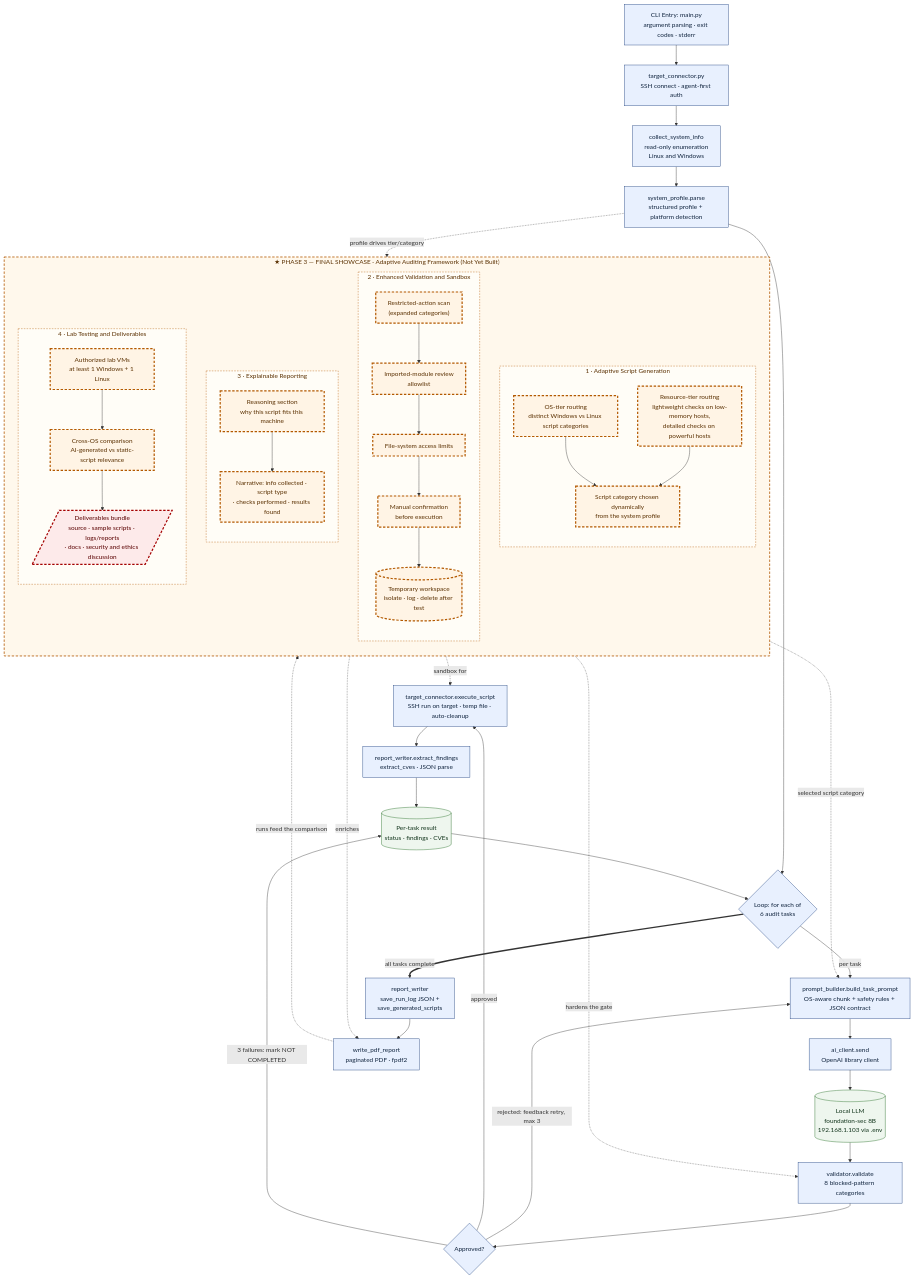
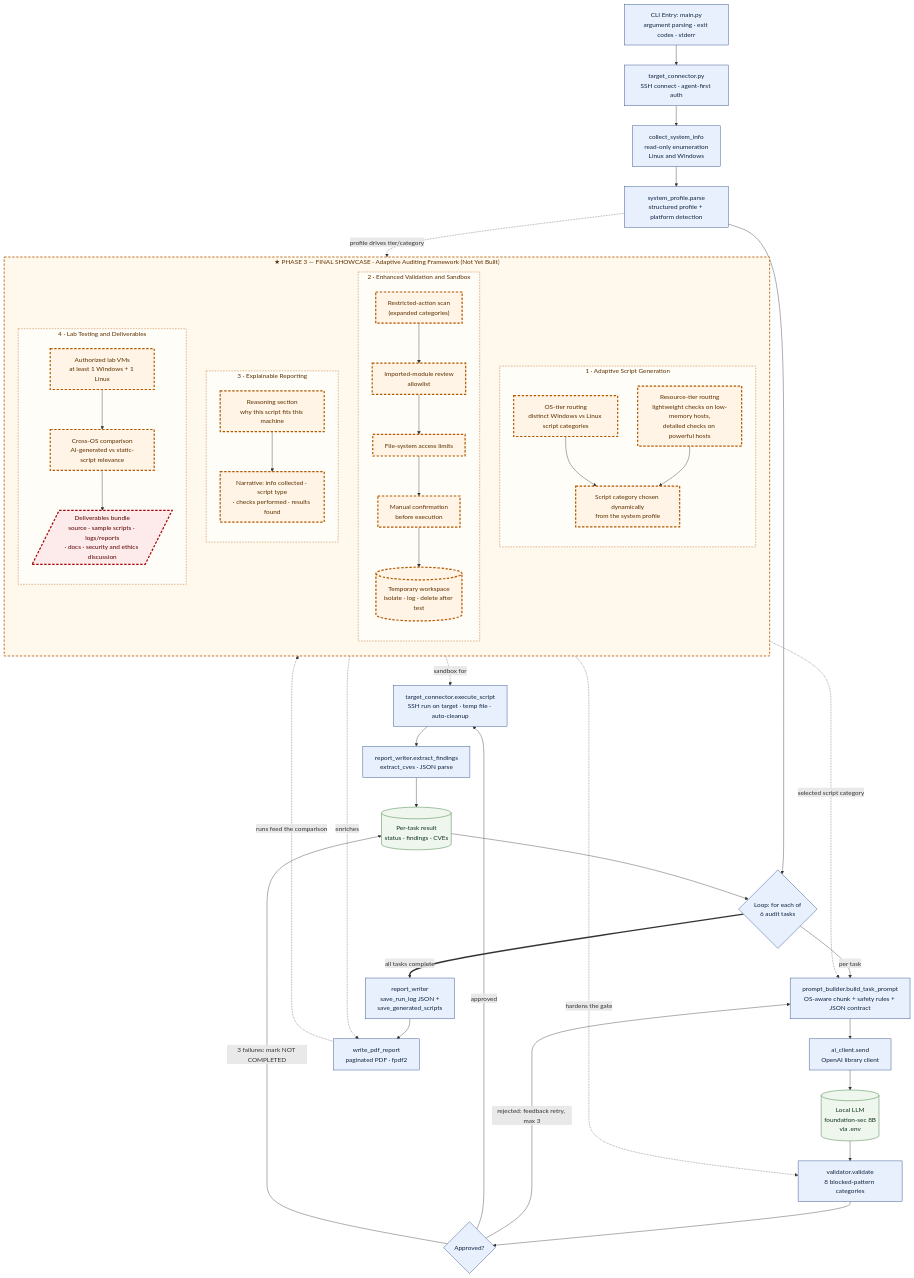
The diagram in docs/phase3_flowchart.mmd (Xardana/LAIN-Security-Framework), drawn with Mermaid before and after one commit. The commit also changed 7 other files, not shown here.

```diff
--- a/docs/phase3_flowchart.mmd
+++ b/docs/phase3_flowchart.mmd
@@ -1,90 +1,90 @@
 flowchart TD
     %% ============ CURRENT FUNCTIONAL ELEMENTS (Phase 2 — working now) ============
     A["CLI Entry: main.py<br/>argument parsing · exit codes · stderr"]
     B["target_connector.py<br/>SSH connect · agent-first auth"]
     C["collect_system_info<br/>read-only enumeration<br/>Linux and Windows"]
     D["system_profile.parse<br/>structured profile + platform detection"]
     E{"Loop: for each of<br/>6 audit tasks"}
     F["prompt_builder.build_task_prompt<br/>OS-aware chunk + safety rules + JSON contract"]
     G["ai_client.send<br/>OpenAI library client"]
-    H[("Local LLM<br/>foundation-sec 8B<br/>192.168.1.103 via .env")]
+    H[("Local LLM<br/>foundation-sec 8B<br/>via .env")]
     I["validator.validate<br/>8 blocked-pattern categories"]
     J{"Approved?"}
     L["target_connector.execute_script<br/>SSH run on target · temp file · auto-cleanup"]
     M["report_writer.extract_findings<br/>extract_cves · JSON parse"]
     RES[("Per-task result<br/>status · findings · CVEs")]
     N["report_writer<br/>save_run_log JSON +<br/>save_generated_scripts"]
     O["write_pdf_report<br/>paginated PDF · fpdf2"]
 
     A --> B --> C --> D --> E
     E -->|"per task"| F --> G --> H --> I --> J
     J -->|"rejected: feedback retry, max 3"| F
     J -->|"approved"| L --> M --> RES
     J -->|"3 failures: mark NOT COMPLETED"| RES
     RES --> E
     E ==>|"all tasks complete"| N
     N --> O
 
     %% ============ PHASE 3 — FINAL SHOWCASE: ADAPTIVE AUDITING FRAMEWORK ============
     subgraph PHASE3["★ PHASE 3 — FINAL SHOWCASE · Adaptive Auditing Framework (Not Yet Built)"]
         direction TB
 
         subgraph ADAPT["1 · Adaptive Script Generation"]
             direction TB
             AG1["OS-tier routing<br/>distinct Windows vs Linux script categories"]
             AG2["Resource-tier routing<br/>lightweight checks on low-memory hosts,<br/>detailed checks on powerful hosts"]
             AG3["Script category chosen dynamically<br/>from the system profile"]
             AG1 --> AG3
             AG2 --> AG3
         end
 
         subgraph VALID["2 · Enhanced Validation and Sandbox"]
             direction TB
             EV1["Restricted-action scan<br/>(expanded categories)"]
             EV2["Imported-module review<br/>allowlist"]
             EV3["File-system access limits"]
             EV4["Manual confirmation<br/>before execution"]
             EV5[("Temporary workspace<br/>isolate · log · delete after test")]
             EV1 --> EV2 --> EV3 --> EV4 --> EV5
         end
 
         subgraph REPORT["3 · Explainable Reporting"]
             direction TB
             ER1["Reasoning section<br/>why this script fits this machine"]
             ER2["Narrative: info collected · script type<br/>· checks performed · results found"]
             ER1 --> ER2
         end
 
         subgraph LAB["4 · Lab Testing and Deliverables"]
             direction TB
             LT1["Authorized lab VMs<br/>at least 1 Windows + 1 Linux"]
             LT2["Cross-OS comparison<br/>AI-generated vs static-script relevance"]
             LT3[/"Deliverables bundle<br/>source · sample scripts · logs/reports<br/>· docs · security and ethics discussion"/]
             LT1 --> LT2 --> LT3
         end
     end
 
     %% --- how Phase 3 work extends the current pipeline (dotted = enhances) ---
     D -.->|"profile drives tier/category"| ADAPT
     ADAPT -.->|"selected script category"| F
     VALID -.->|"hardens the gate"| I
     EV5 -.->|"sandbox for"| L
     REPORT -.->|"enriches"| O
     O -.->|"runs feed the comparison"| LAB
 
     %% ============ STYLING ============
     classDef current fill:#e8f0fe,stroke:#1a3d7c,stroke-width:1px,color:#10243e;
     classDef store fill:#eef6ee,stroke:#1f6b1f,stroke-width:1px,color:#10331a;
     classDef future fill:#fff4e5,stroke:#b35900,stroke-width:3px,stroke-dasharray:6 4,color:#5a3000;
     classDef artifact fill:#fdeaea,stroke:#a40000,stroke-width:3px,stroke-dasharray:6 4,color:#5a0000;
 
     class A,B,C,D,E,F,G,I,J,L,M,N,O current;
     class H,RES store;
     class AG1,AG2,AG3,EV1,EV2,EV3,EV4,EV5,ER1,ER2,LT1,LT2 future;
     class LT3 artifact;
 
     style PHASE3 fill:#fff8ec,stroke:#b35900,stroke-width:2px,stroke-dasharray:6 4,color:#5a3000;
     style ADAPT fill:#fffdf7,stroke:#b35900,stroke-width:1px,stroke-dasharray:4 3,color:#5a3000;
     style VALID fill:#fffdf7,stroke:#b35900,stroke-width:1px,stroke-dasharray:4 3,color:#5a3000;
     style REPORT fill:#fffdf7,stroke:#b35900,stroke-width:1px,stroke-dasharray:4 3,color:#5a3000;
     style LAB fill:#fffdf7,stroke:#b35900,stroke-width:1px,stroke-dasharray:4 3,color:#5a3000;
```
